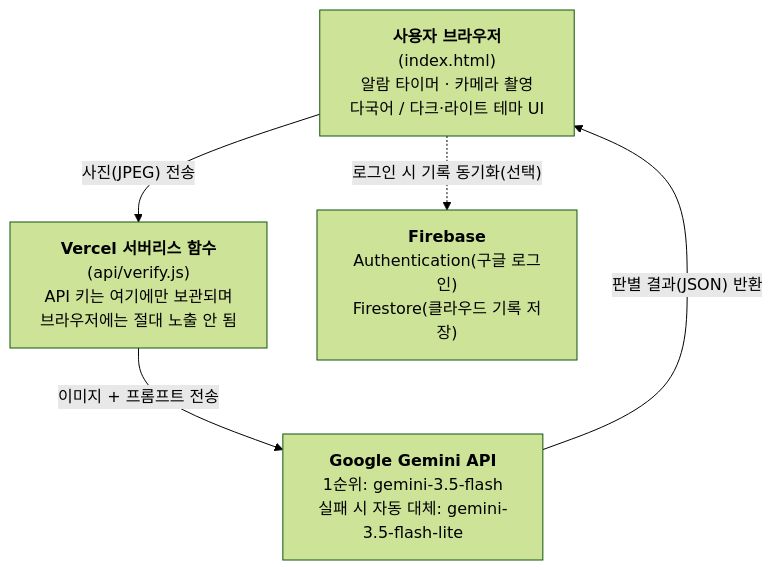
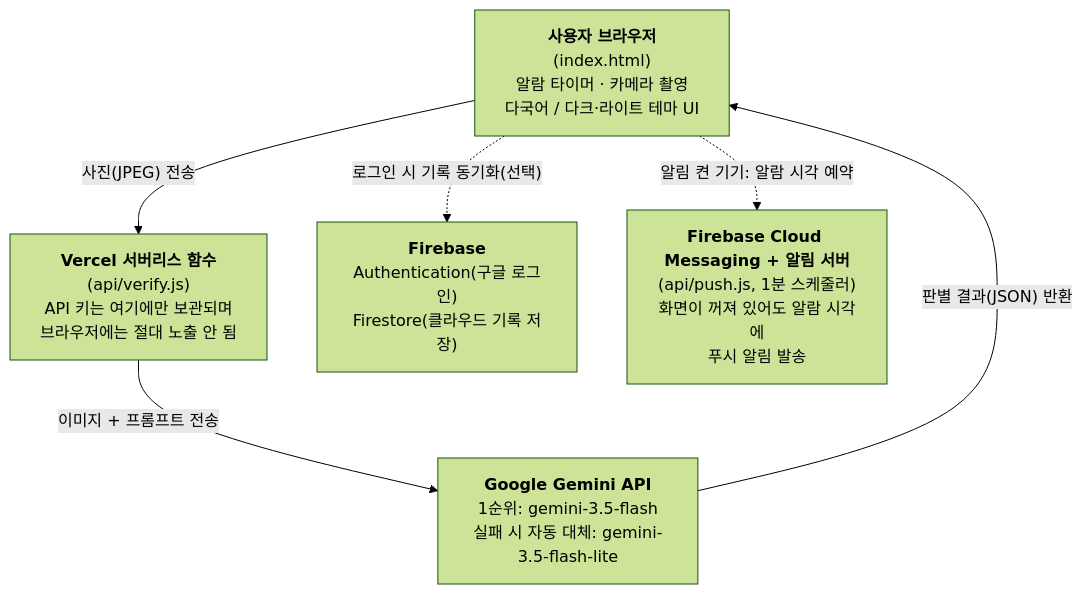
One commit to ljh30581712-beep/drink-water changed the diagram in README.md. Above: the diagram before and after it, drawn with Mermaid (forest theme). The commit also changed other lines of this file and 3 other files, not shown here.

````diff
--- a/README.md
+++ b/README.md
@@ -60,12 +62,14 @@
 ```mermaid
 graph TD
     A["<b>사용자 브라우저</b><br/>(index.html)<br/>알람 타이머 · 카메라 촬영<br/>다국어 / 다크·라이트 테마 UI"]
     B["<b>Vercel 서버리스 함수</b><br/>(api/verify.js)<br/>API 키는 여기에만 보관되며<br/>브라우저에는 절대 노출 안 됨"]
     C["<b>Google Gemini API</b><br/>1순위: gemini-3.5-flash<br/>실패 시 자동 대체: gemini-3.5-flash-lite"]
     D["<b>Firebase</b><br/>Authentication(구글 로그인)<br/>Firestore(클라우드 기록 저장)"]
 
     A -->|"사진(JPEG) 전송"| B
     B -->|"이미지 + 프롬프트 전송"| C
     C -->|"판별 결과(JSON) 반환"| A
     A -.->|"로그인 시 기록 동기화(선택)"| D
+    E["<b>Firebase Cloud Messaging + 알림 서버</b><br/>(api/push.js, 1분 스케줄러)<br/>화면이 꺼져 있어도 알람 시각에<br/>푸시 알림 발송"]
+    A -.->|"알림 켠 기기: 알람 시각 예약"| E
 ```
````
